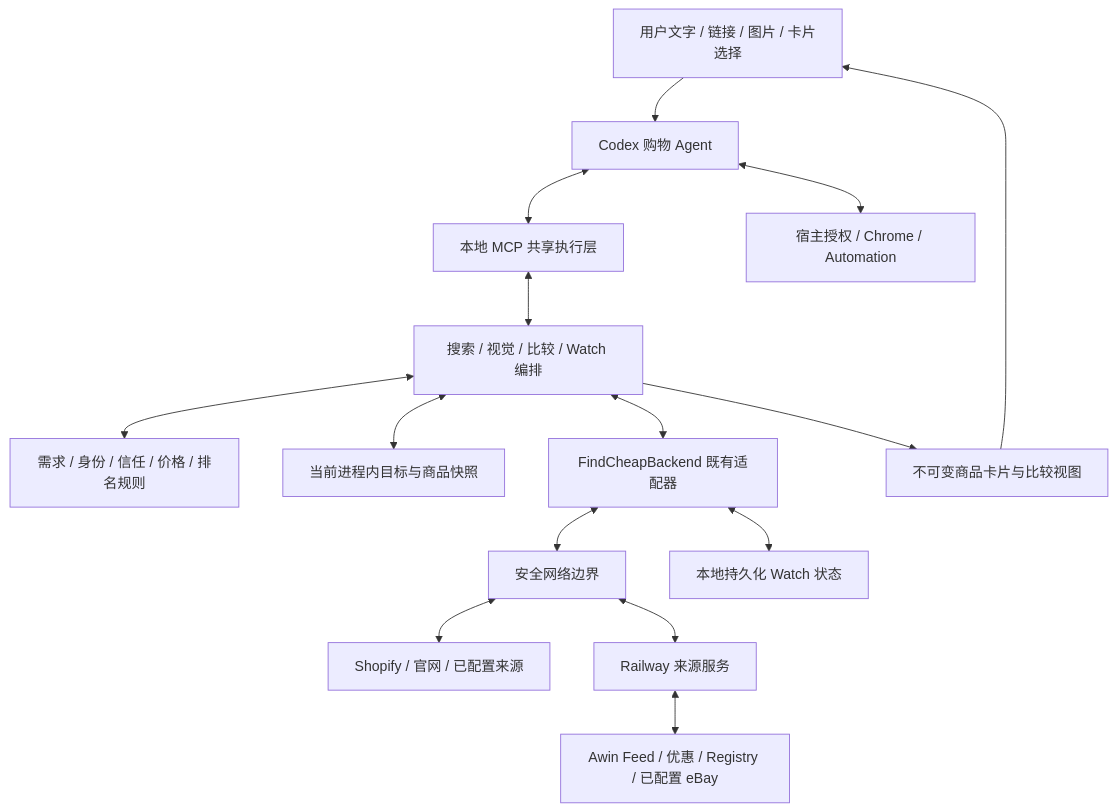
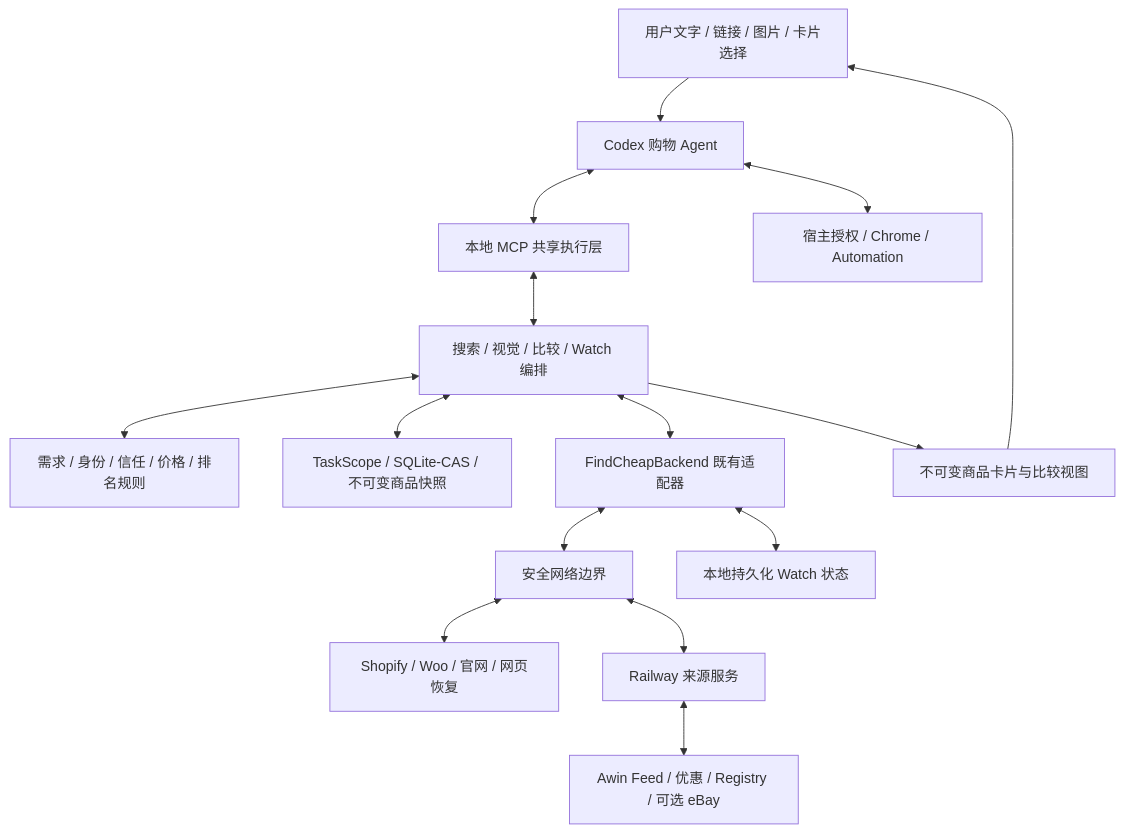
Before and after one commit to yyq8548/FindCheap-Agent: the diagram in docs/architecture/agent-design.md, drawn with Mermaid. The commit also changed other lines of this file and 30 other files, not shown here.

````diff
--- a/docs/architecture/agent-design.md
+++ b/docs/architecture/agent-design.md
@@ -39,17 +39,17 @@
 ```mermaid
 flowchart TD
   U[用户文字 / 链接 / 图片 / 卡片选择] --> C[Codex 购物 Agent]
   C <--> X[本地 MCP 共享执行层]
   X <--> R[搜索 / 视觉 / 比较 / Watch 编排]
   R <--> D[需求 / 身份 / 信任 / 价格 / 排名规则]
-  R <--> S[当前进程内目标与商品快照]
+  R <--> S[TaskScope / SQLite-CAS / 不可变商品快照]
   R <--> B[FindCheapBackend 既有适配器]
   B <--> N[安全网络边界]
-  N <--> P[Shopify / 官网 / 已配置来源]
+  N <--> P[Shopify / Woo / 官网 / 网页恢复]
   N <--> A[Railway 来源服务]
-  A <--> F[Awin Feed / 优惠 / Registry / 已配置 eBay]
+  A <--> F[Awin Feed / 优惠 / Registry / 可选 eBay]
   B <--> W[本地持久化 Watch 状态]
   C <--> H[宿主授权 / Chrome / Automation]
   R --> V[不可变商品卡片与比较视图]
   V --> U
 ```
````
